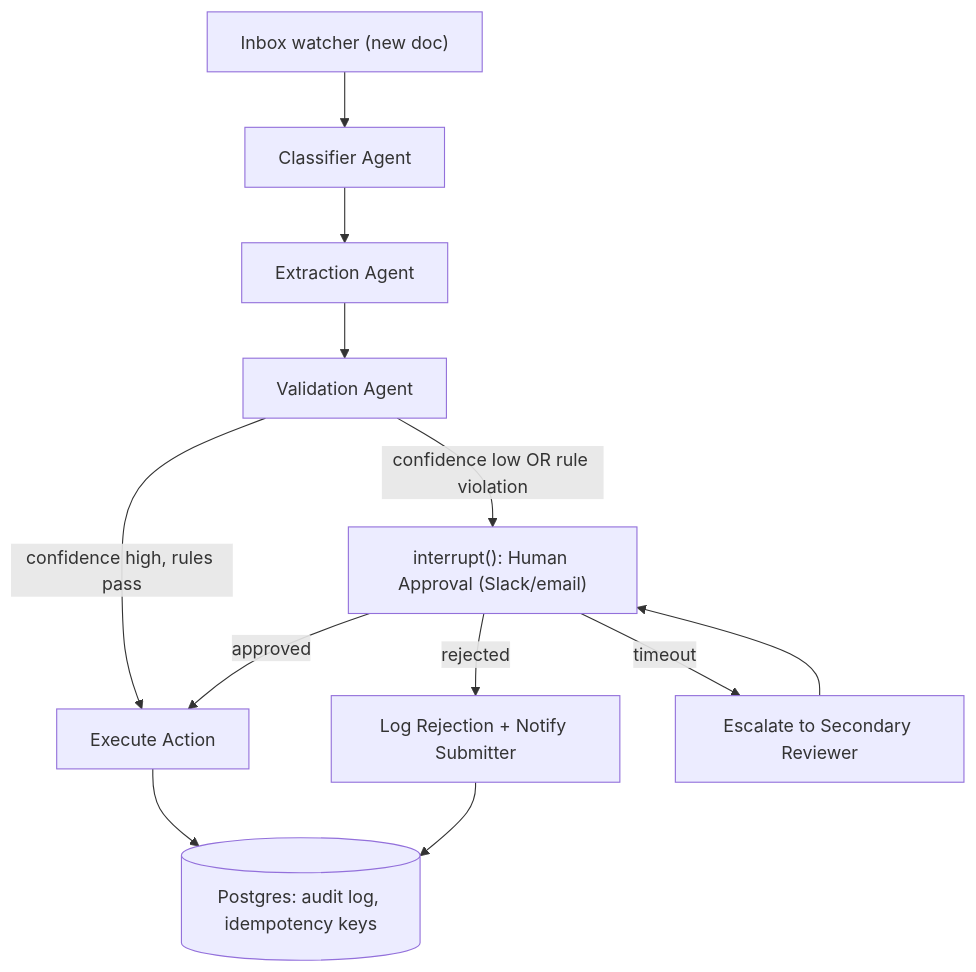
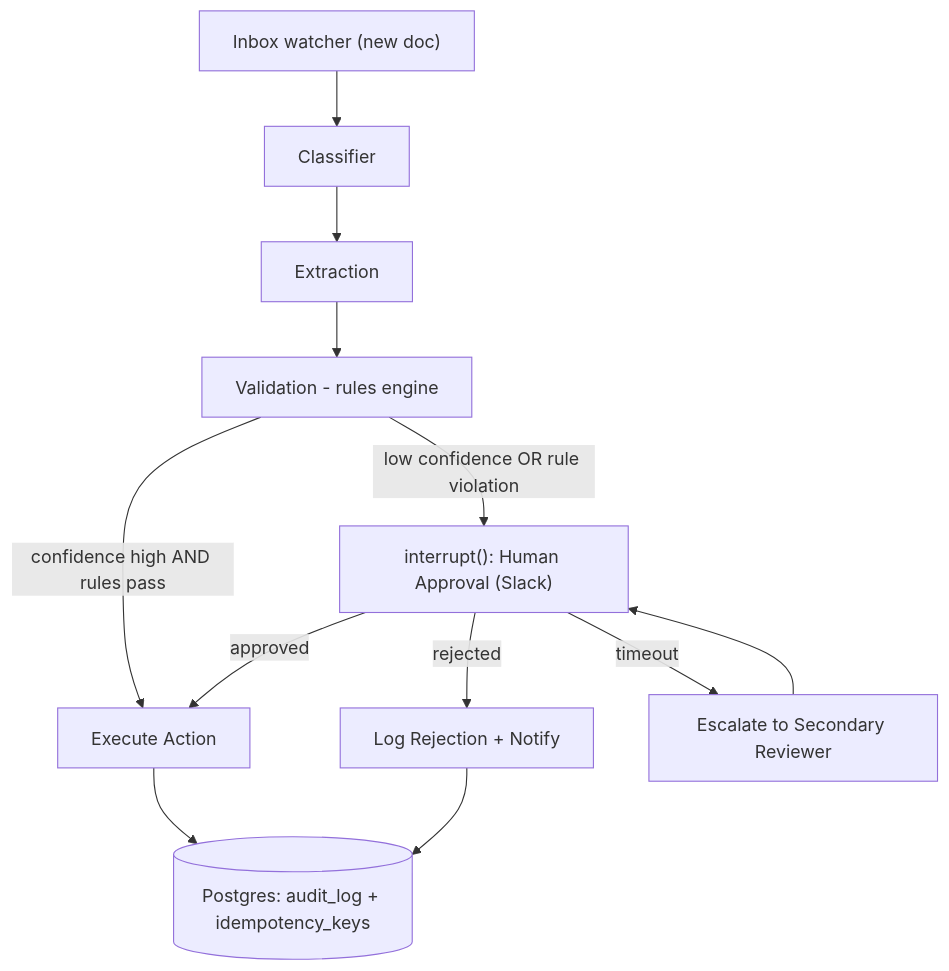
One commit to shrey1409/Multiple-AI-Agents-Projects changed the diagram in projects/02-document-processing-hitl-pipeline/PLAN.md. Above: the diagram before and after it, drawn with Mermaid. The commit also changed other lines of this file and 11 other files, not shown here.

````diff
--- a/projects/02-document-processing-hitl-pipeline/PLAN.md
+++ b/projects/02-document-processing-hitl-pipeline/PLAN.md
@@ -18,14 +18,14 @@
 ```mermaid
 flowchart TD
-    IN["Inbox watcher (new doc)"] --> CL[Classifier Agent]
-    CL --> EX[Extraction Agent]
-    EX --> VA[Validation Agent]
-    VA -->|confidence high, rules pass| AC[Execute Action]
-    VA -->|confidence low OR rule violation| HITL["interrupt(): Human Approval (Slack/email)"]
+    IN["Inbox watcher (new doc)"] --> CL[Classifier]
+    CL --> EX[Extraction]
+    EX --> VA[Validation - rules engine]
+    VA -->|confidence high AND rules pass| AC[Execute Action]
+    VA -->|low confidence OR rule violation| HITL["interrupt(): Human Approval (Slack)"]
     HITL -->|approved| AC
-    HITL -->|rejected| RJ[Log Rejection + Notify Submitter]
+    HITL -->|rejected| RJ[Log Rejection + Notify]
     HITL -->|timeout| ESC[Escalate to Secondary Reviewer]
-    AC --> LOG[(Postgres: audit log, idempotency keys)]
+    AC --> LOG[(Postgres: audit_log + idempotency_keys)]
     RJ --> LOG
     ESC --> HITL
 ```
````
